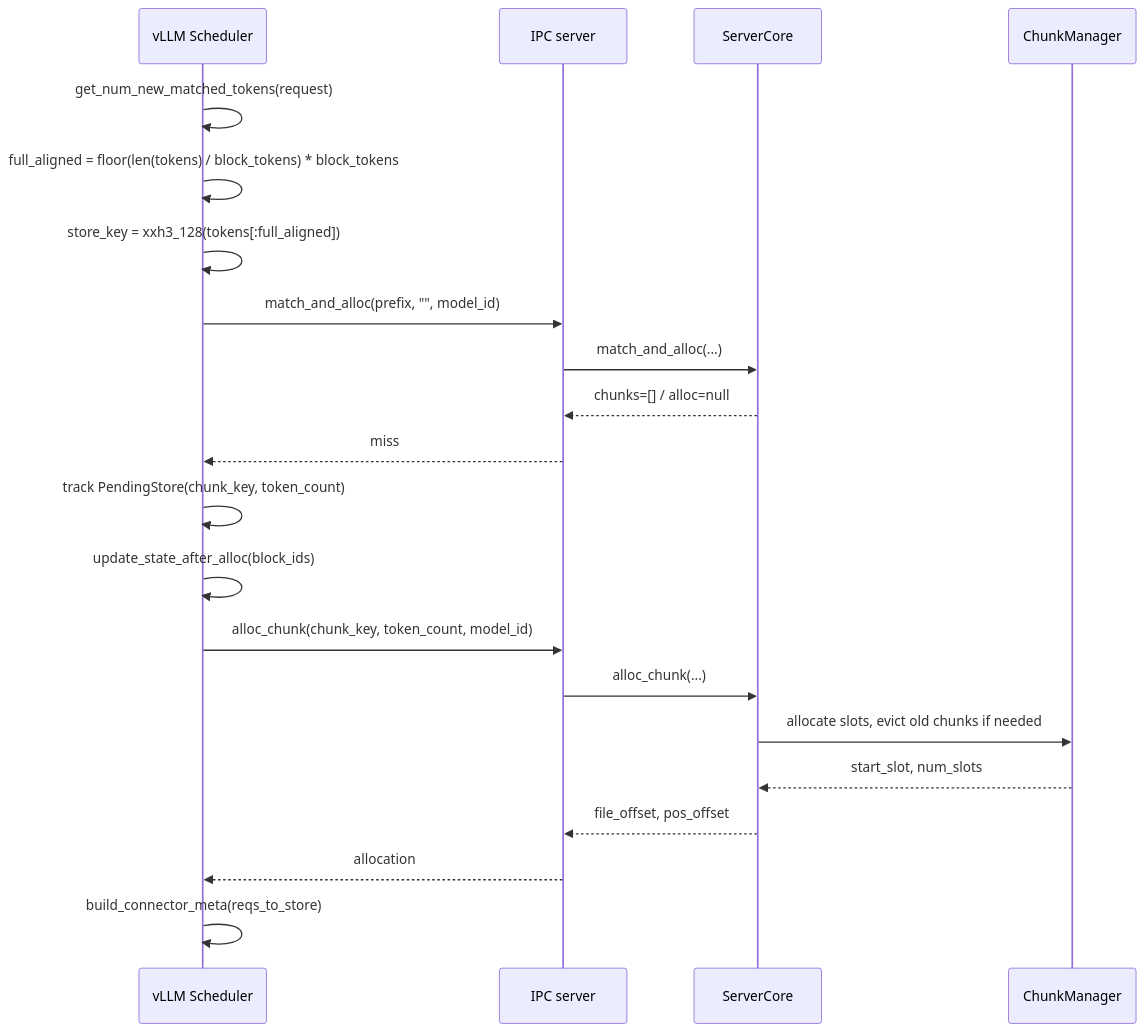
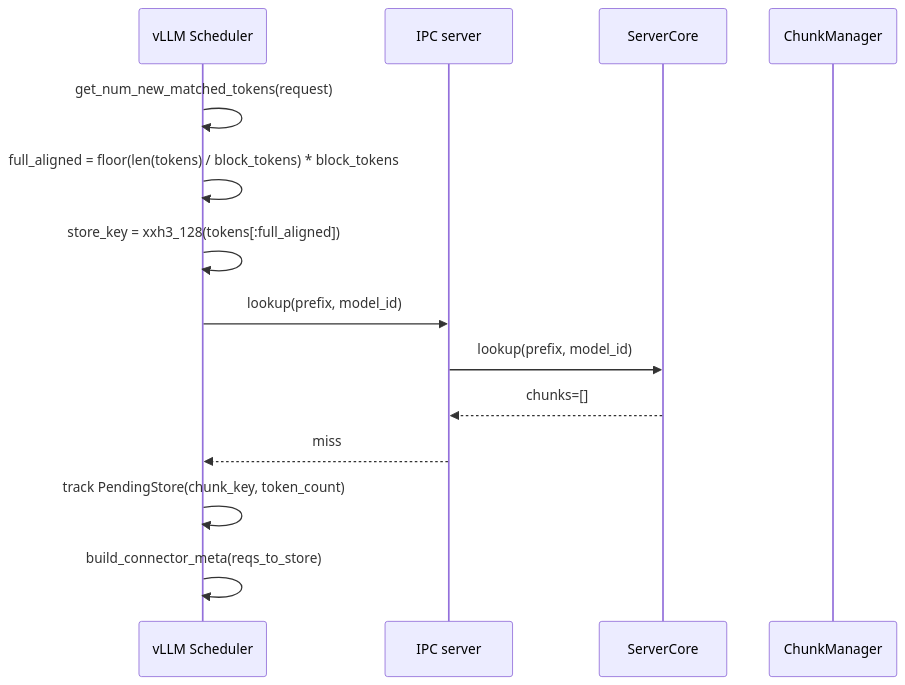
The third of 8 diagrams in docs/design/flows.md (GentleCold/DaseR), drawn with Mermaid before and after one commit. The commit also changed other lines of this file and 11 other files, not shown here.

First line of the commit message:
refactor(server): remove match-and-alloc rpc

````diff
--- a/docs/design/flows.md
+++ b/docs/design/flows.md
@@ -72,25 +74,17 @@
 ```mermaid
 sequenceDiagram
     participant S as vLLM Scheduler
     participant IPC as IPC server
     participant C as ServerCore
     participant CM as ChunkManager
 
     S->>S: get_num_new_matched_tokens(request)
     S->>S: full_aligned = floor(len(tokens) / block_tokens) * block_tokens
     S->>S: store_key = xxh3_128(tokens[:full_aligned])
-    S->>IPC: match_and_alloc(prefix, "", model_id)
-    IPC->>C: match_and_alloc(...)
-    C-->>IPC: chunks=[] / alloc=null
+    S->>IPC: lookup(prefix, model_id)
+    IPC->>C: lookup(prefix, model_id)
+    C-->>IPC: chunks=[]
     IPC-->>S: miss
     S->>S: track PendingStore(chunk_key, token_count)
-
-    S->>S: update_state_after_alloc(block_ids)
-    S->>IPC: alloc_chunk(chunk_key, token_count, model_id)
-    IPC->>C: alloc_chunk(...)
-    C->>CM: allocate slots, evict old chunks if needed
-    CM-->>C: start_slot, num_slots
-    C-->>IPC: file_offset, pos_offset
-    IPC-->>S: allocation
     S->>S: build_connector_meta(reqs_to_store)
 ```
````
